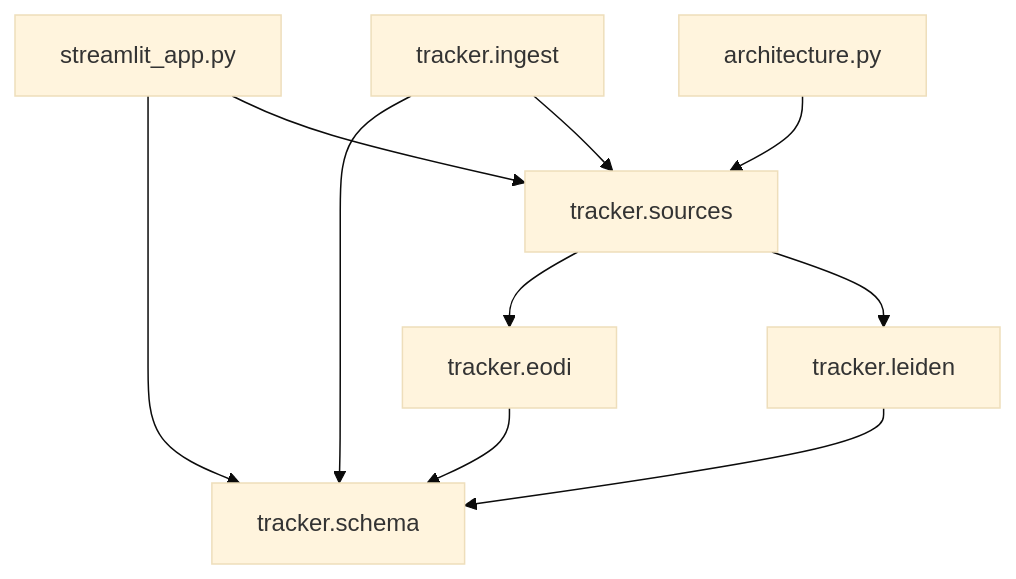
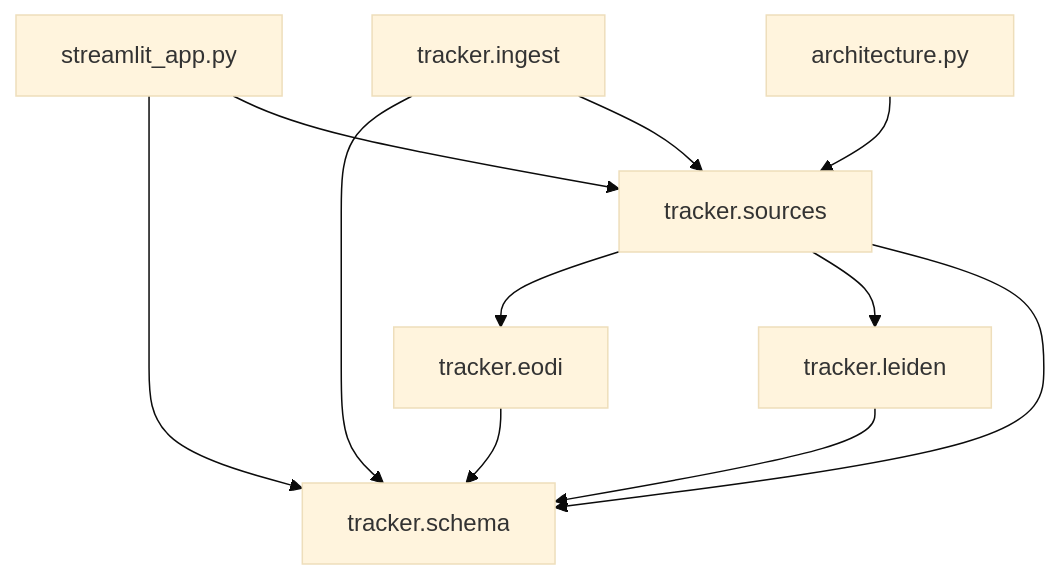
One commit to tryph0n/hybrid-tracker changed the third of 3 diagrams in docs/architecture.md. Above: the diagram before and after it, drawn with Mermaid (base theme).

Commit message:
docs(architecture): refresh the module graph
sources now imports schema for the shared CSV reader.

Refs #29

````diff
--- a/docs/architecture.md
+++ b/docs/architecture.md
@@ -145,19 +145,20 @@
 ```mermaid
 flowchart TB
   module_streamlit_app_py["streamlit_app.py"]
   module_tracker_eodi["tracker.eodi"]
   module_tracker_ingest["tracker.ingest"]
   module_tracker_leiden["tracker.leiden"]
   module_tracker_schema["tracker.schema"]
   module_tracker_sources["tracker.sources"]
   module_architecture_py["architecture.py"]
   module_streamlit_app_py --> module_tracker_schema
   module_streamlit_app_py --> module_tracker_sources
   module_tracker_eodi --> module_tracker_schema
   module_tracker_ingest --> module_tracker_schema
   module_tracker_ingest --> module_tracker_sources
   module_tracker_leiden --> module_tracker_schema
   module_tracker_sources --> module_tracker_eodi
   module_tracker_sources --> module_tracker_leiden
+  module_tracker_sources --> module_tracker_schema
   module_architecture_py --> module_tracker_sources
 ```
````
